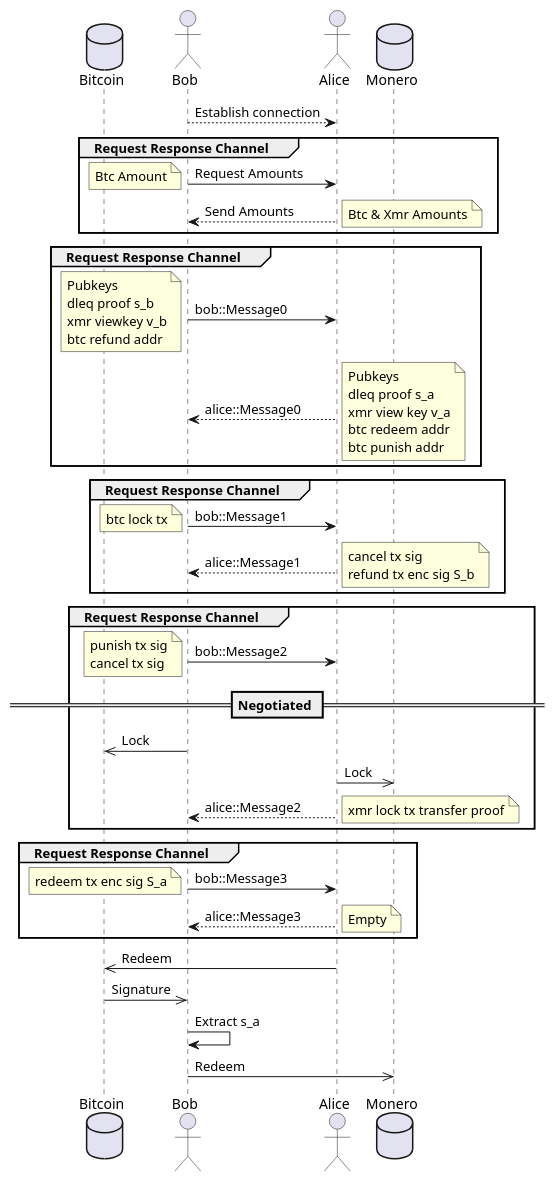
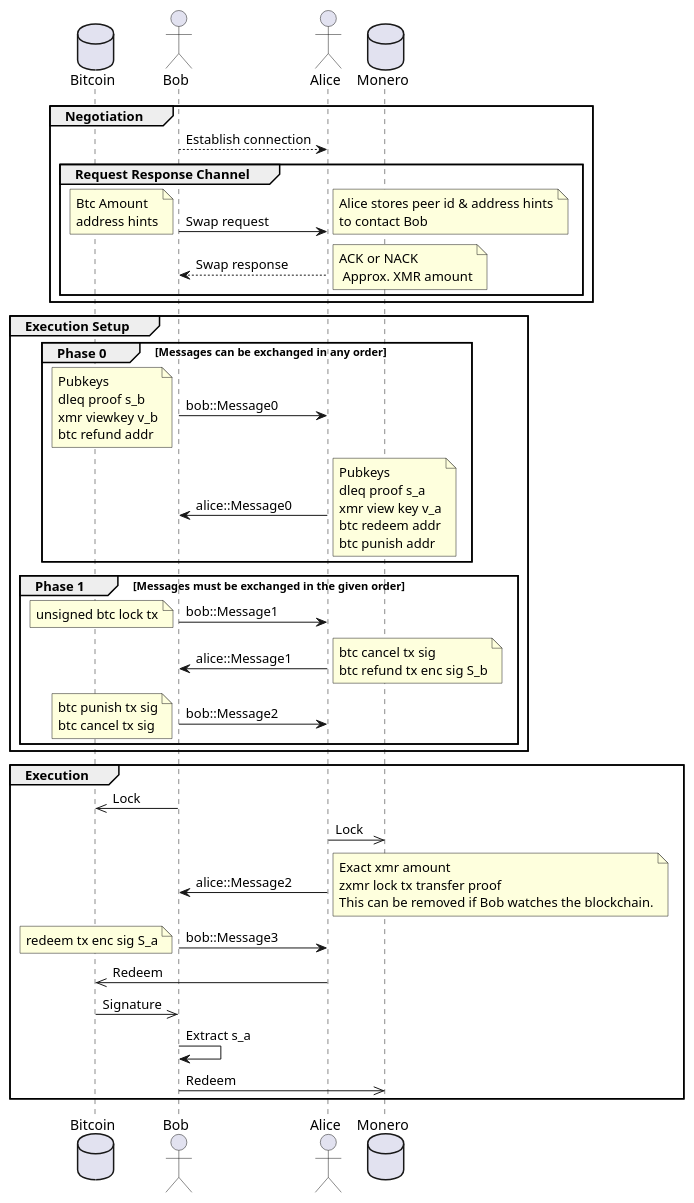
One commit to comit-network/xmr-btc-swap changed the diagram in docs/sequence.puml. Above: the diagram before and after it, drawn with PlantUML.

Commit message:
Remove Req-Res and update for single market maker use case
- Bob initiate swap with BTC Amount
- Alice acks with approx. xmr amount
- Rework terminology, make a difference between negotiations and
execution setup
- Remove request response channels in favor of one shots
- Give exact amount to Bob once assets are locked

```diff
--- a/docs/sequence.puml
+++ b/docs/sequence.puml
@@ -1,62 +1,64 @@
 @startuml
 database Bitcoin
 actor Bob
 Actor Alice
 database Monero
 
-Bob --> Alice: Establish connection
+group Negotiation
 
-group Request Response Channel
-    Bob -> Alice: Request Amounts
-    note left: Btc Amount
+    Bob --> Alice: Establish connection
 
-    Alice --> Bob: Send Amounts
-    note right: Btc & Xmr Amounts
+    group Request Response Channel
+        Bob -> Alice: Swap request
+        note left: Btc Amount\naddress hints
+        note right: Alice stores peer id & address hints\nto contact Bob
+
+        Alice --> Bob: Swap response
+        note right: ACK or NACK\n Approx. XMR amount
+    end
 end
 
-group Request Response Channel
-    Bob -> Alice: bob::Message0
-    note left: Pubkeys\ndleq proof s_b\nxmr viewkey v_b\nbtc refund addr
+group Execution Setup
+    group Phase 0 [Messages can be exchanged in any order]
+        Bob -> Alice: bob::Message0
+        note left: Pubkeys\ndleq proof s_b\nxmr viewkey v_b\nbtc refund addr
 
-    Alice --> Bob: alice::Message0
-    note right: Pubkeys\ndleq proof s_a\nxmr view key v_a\nbtc redeem addr\nbtc punish addr
+        Alice -> Bob: alice::Message0
+        note right: Pubkeys\ndleq proof s_a\nxmr view key v_a\nbtc redeem addr\nbtc punish addr
+    end
+
+    group Phase 1 [Messages must be exchanged in the given order]
+
+        Bob -> Alice: bob::Message1
+        note left: unsigned btc lock tx
+
+        Alice -> Bob: alice::Message1
+        note right: btc cancel tx sig\nbtc refund tx enc sig S_b
+
+        Bob -> Alice: bob::Message2
+        note left: btc punish tx sig\nbtc cancel tx sig
+
+    end
 end
 
-group Request Response Channel
-    Bob -> Alice: bob::Message1
-    note left: btc lock tx
-
-    Alice --> Bob: alice::Message1
-    note right: cancel tx sig\nrefund tx enc sig S_b
-end
-
-group Request Response Channel
-    Bob -> Alice: bob::Message2
-    note left: punish tx sig\ncancel tx sig
-
-== Negotiated ==
-
+group Execution
     Bob ->> Bitcoin: Lock
 
     Alice ->> Monero: Lock
 
-    Alice --> Bob: alice::Message2
-    note right: xmr lock tx transfer proof
-end
+    Alice -> Bob: alice::Message2
+    note right: Exact xmr amount\nzxmr lock tx transfer proof\nThis can be removed if Bob watches the blockchain.
 
-group Request Response Channel
     Bob -> Alice: bob::Message3
     note left: redeem tx enc sig S_a
-    Alice --> Bob: alice::Message3
-    note right: Empty
-end
 
     Alice ->> Bitcoin: Redeem
 
     Bitcoin ->> Bob: Signature
 
     Bob -> Bob: Extract s_a
 
     Bob ->> Monero: Redeem
+end
 
 @enduml
```
